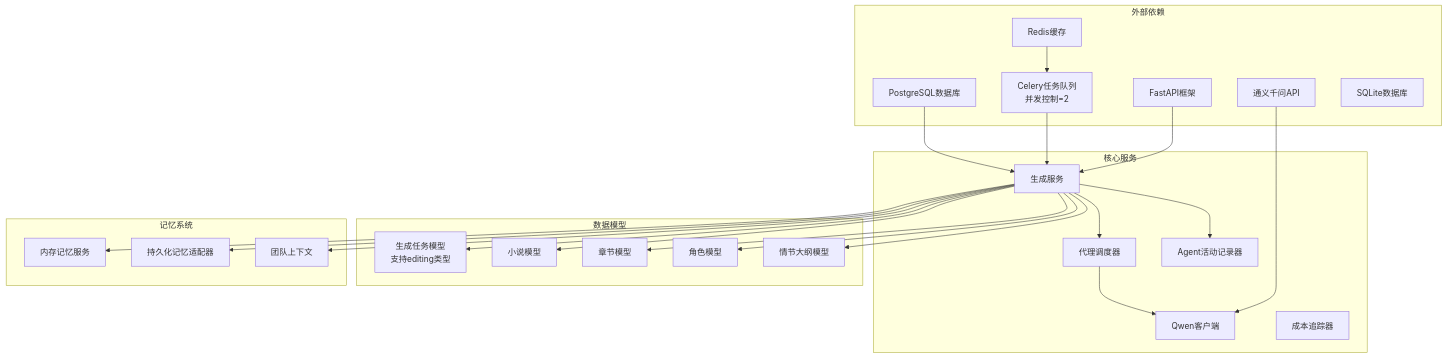
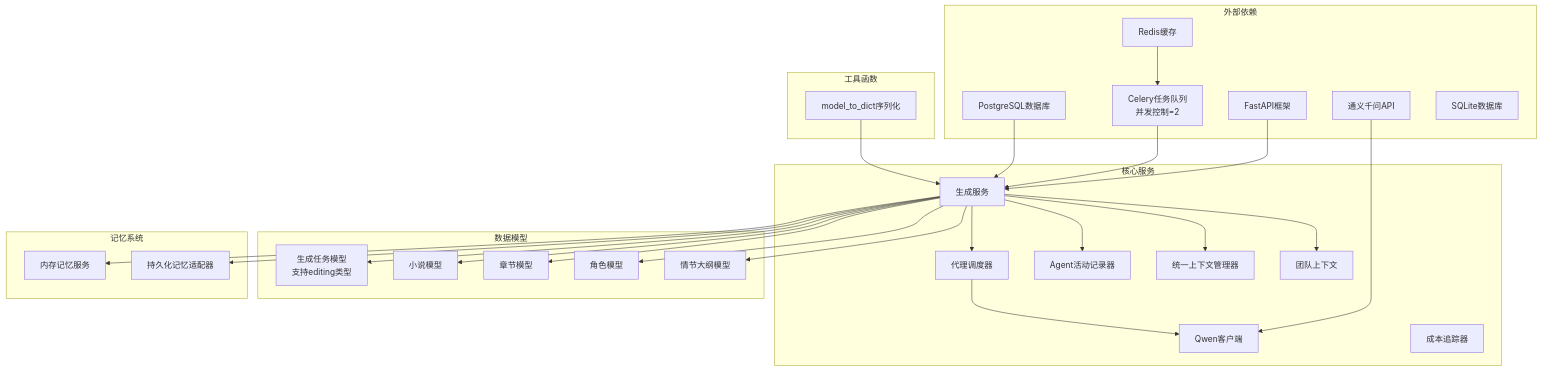
One commit to xfbyxq/ai-novel-system changed diagram 13 of 14 in .qoder/repowiki/zh/content/Generation Service.md. Above: the diagram before and after it, drawn with Mermaid. The commit also changed other lines of this file and 2 other files, not shown here.

First line of the commit message:
feat(generation): 新增团队协作与统一上下文管理支持

````diff
--- a/.qoder/repowiki/zh/content/Generation Service.md
+++ b/.qoder/repowiki/zh/content/Generation Service.md
@@ -449,46 +601,52 @@
 ```mermaid
 graph TB
 subgraph "外部依赖"
 FastAPI[FastAPI框架]
 Celery[Celery任务队列<br/>并发控制=2]
 DashScope[通义千问API]
 PostgreSQL[PostgreSQL数据库]
 Redis[Redis缓存]
 SQLite[SQLite数据库]
 end
 subgraph "核心服务"
 GenerationService[生成服务]
 AgentDispatcher[代理调度器]
 QwenClient[Qwen客户端]
 CostTracker[成本追踪器]
 AgentActivityRecorder[Agent活动记录器]
+UnifiedContextManager[统一上下文管理器]
+NovelTeamContext[团队上下文]
 end
 subgraph "数据模型"
 GenerationTask[生成任务模型<br/>支持editing类型]
 Novel[小说模型]
 Chapter[章节模型]
 Character[角色模型]
 PlotOutline[情节大纲模型]
 end
 subgraph "记忆系统"
 MemoryService[内存记忆服务]
 PersistentMemory[持久化记忆适配器]
-TeamContext[团队上下文]
+end
+subgraph "工具函数"
+ModelToDict[model_to_dict序列化]
 end
 FastAPI --> GenerationService
 Celery --> GenerationService
 DashScope --> QwenClient
 PostgreSQL --> GenerationService
 Redis --> Celery
 GenerationService --> AgentDispatcher
 AgentDispatcher --> QwenClient
 GenerationService --> GenerationTask
 GenerationService --> Novel
 GenerationService --> Chapter
 GenerationService --> Character
 GenerationService --> PlotOutline
 GenerationService --> MemoryService
 GenerationService --> PersistentMemory
-GenerationService --> TeamContext
+GenerationService --> UnifiedContextManager
+GenerationService --> NovelTeamContext
 GenerationService --> AgentActivityRecorder
+ModelToDict --> GenerationService
 ```
````
